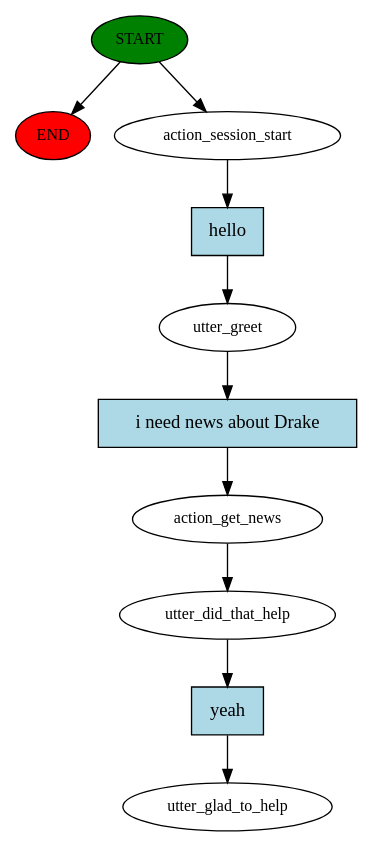
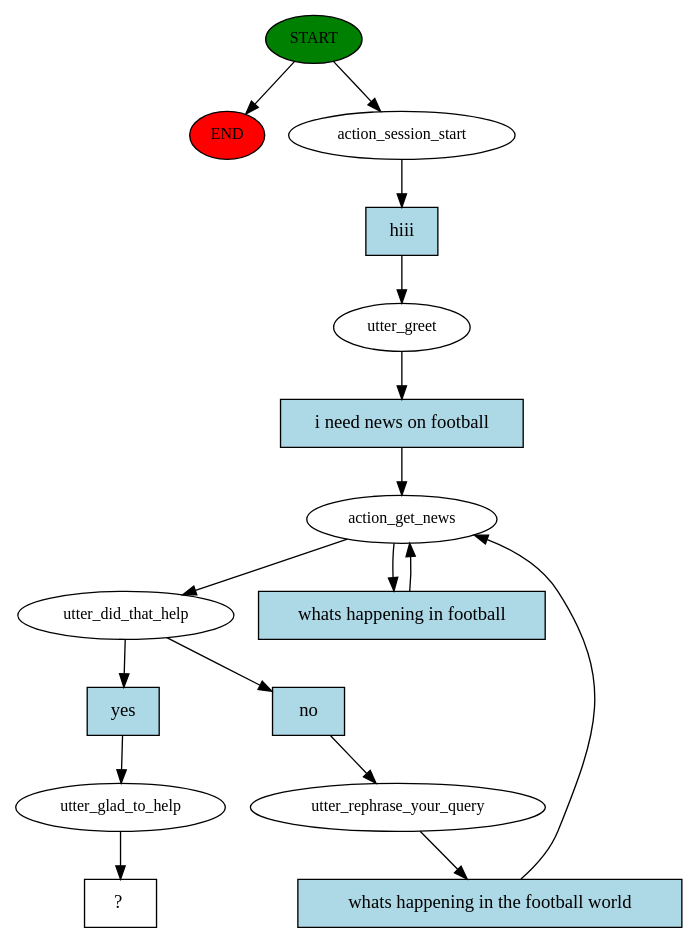
Before and after one commit to AyodejiIbimilua/jamisi-bot: the diagram in story_graph.dot, drawn with Graphviz. The commit also changed 8 other files, not shown here.

```diff
--- a/story_graph.dot
+++ b/story_graph.dot
@@ -1,21 +1,33 @@
 digraph  {
 0 [class="start active", fillcolor=green, fontsize=12, label=START, style=filled];
 "-1" [class=end, fillcolor=red, fontsize=12, label=END, style=filled];
 1 [class=active, fontsize=12, label=action_session_start];
 2 [class=active, fontsize=12, label=utter_greet];
 3 [class=active, fontsize=12, label=action_get_news];
 4 [class=active, fontsize=12, label=utter_did_that_help];
-5 [class="dashed active", fontsize=12, label=utter_glad_to_help];
-6 [class="intent active", fillcolor=lightblue, label=hello, shape=rect, style=filled];
-7 [class="intent active", fillcolor=lightblue, label="i need news about Drake", shape=rect, style=filled];
-8 [class="intent active", fillcolor=lightblue, label=yeah, shape=rect, style=filled];
+5 [class=active, fontsize=12, label=utter_rephrase_your_query];
+9 [class=active, fontsize=12, label=utter_glad_to_help];
+10 [class="intent dashed active", label="  ?  ", shape=rect];
+11 [class="intent active", fillcolor=lightblue, label=hiii, shape=rect, style=filled];
+12 [class="intent active", fillcolor=lightblue, label="i need news on football", shape=rect, style=filled];
+13 [class="intent active", fillcolor=lightblue, label="whats happening in football", shape=rect, style=filled];
+14 [class="intent active", fillcolor=lightblue, label=no, shape=rect, style=filled];
+15 [class="intent active", fillcolor=lightblue, label=yes, shape=rect, style=filled];
+16 [class="intent active", fillcolor=lightblue, label="whats happening in the football world", shape=rect, style=filled];
 0 -> "-1"  [class="", key=NONE, label=""];
 0 -> 1  [class=active, key=NONE, label=""];
-1 -> 6  [class=active, key=0];
-2 -> 7  [class=active, key=0];
+1 -> 11  [class=active, key=0];
+2 -> 12  [class=active, key=0];
 3 -> 4  [class=active, key=NONE, label=""];
-4 -> 8  [class=active, key=0];
-6 -> 2  [class=active, key=0];
-7 -> 3  [class=active, key=0];
-8 -> 5  [class=active, key=0];
+3 -> 13  [class=active, key=0];
+4 -> 14  [class=active, key=0];
+4 -> 15  [class=active, key=0];
+5 -> 16  [class=active, key=0];
+9 -> 10  [class=active, key=NONE, label=""];
+11 -> 2  [class=active, key=0];
+12 -> 3  [class=active, key=0];
+13 -> 3  [class=active, key=0];
+14 -> 5  [class=active, key=0];
+15 -> 9  [class=active, key=0];
+16 -> 3  [class=active, key=0];
 }
```
